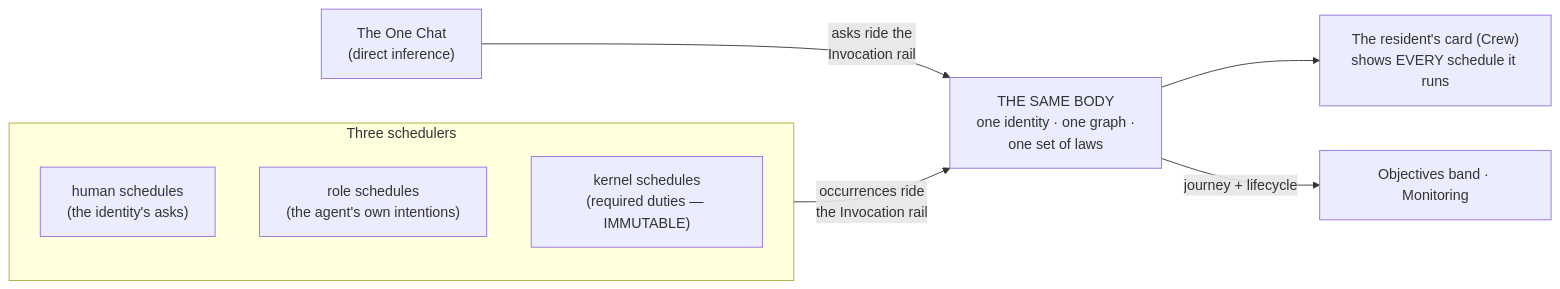
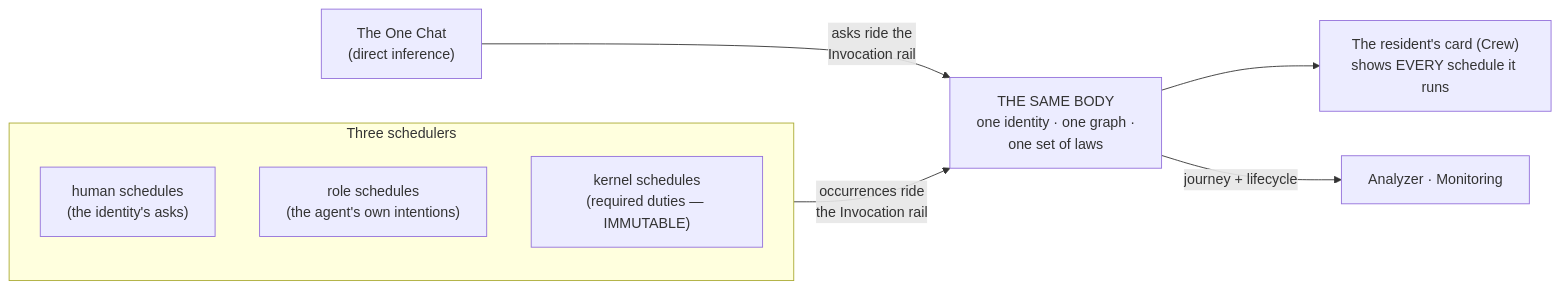
The third of 3 diagrams in docs/rearch/0004-agent-architecture.md (iotlodge/orreth), drawn with Mermaid before and after one commit. The commit also changed other lines of this file and 8 other files, not shown here.

````diff
--- a/docs/rearch/0004-agent-architecture.md
+++ b/docs/rearch/0004-agent-architecture.md
@@ -107,15 +107,15 @@
 ```mermaid
 flowchart LR
     subgraph SCHED["Three schedulers"]
         H["human schedules<br/>(the identity's asks)"]
         R["role schedules<br/>(the agent's own intentions)"]
         KK["kernel schedules<br/>(required duties — IMMUTABLE)"]
     end
     CHAT["The One Chat<br/>(direct inference)"]
     BODY["THE SAME BODY<br/>one identity · one graph ·<br/>one set of laws"]
     CARD["The resident's card (Crew)<br/>shows EVERY schedule it runs"]
     SCHED -->|"occurrences ride<br/>the Invocation rail"| BODY
     CHAT -->|"asks ride the<br/>Invocation rail"| BODY
     BODY --> CARD
-    BODY -->|journey + lifecycle| BAND["Objectives band · Monitoring"]
+    BODY -->|journey + lifecycle| BAND["Analyzer · Monitoring"]
 ```
````
